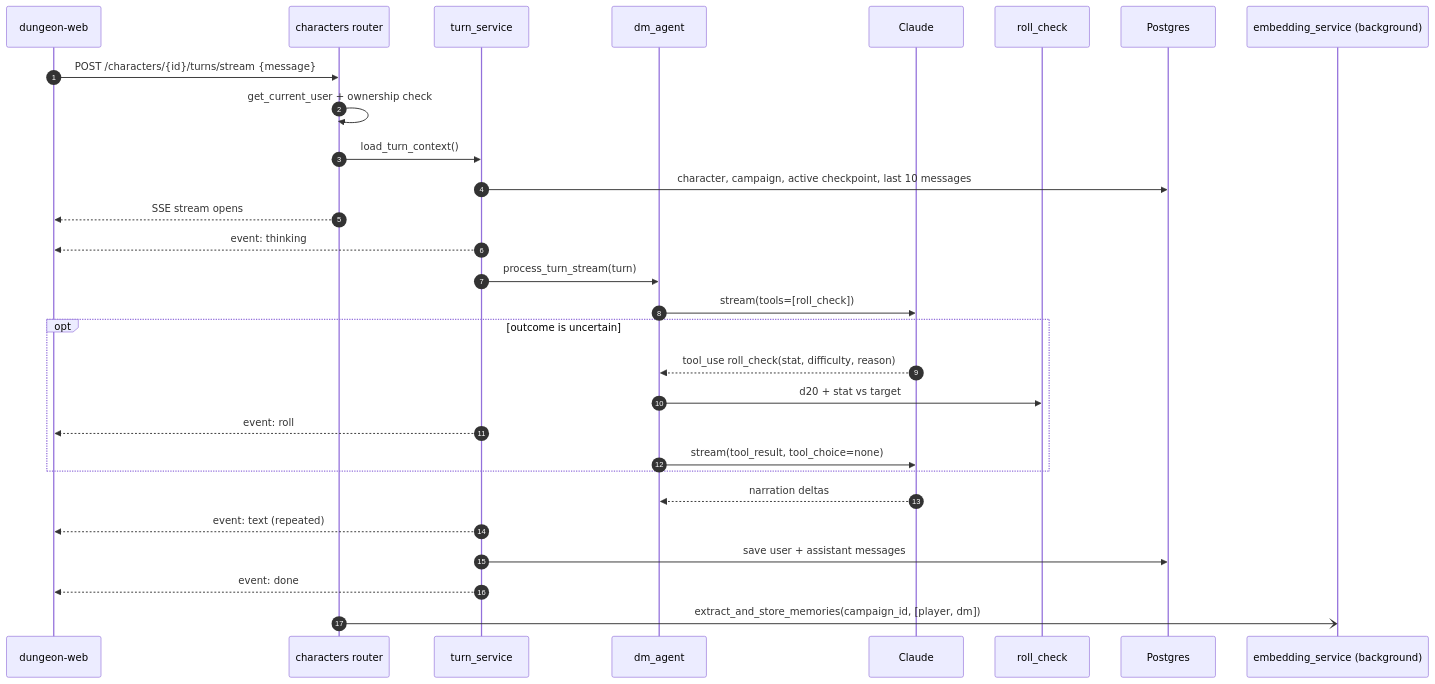
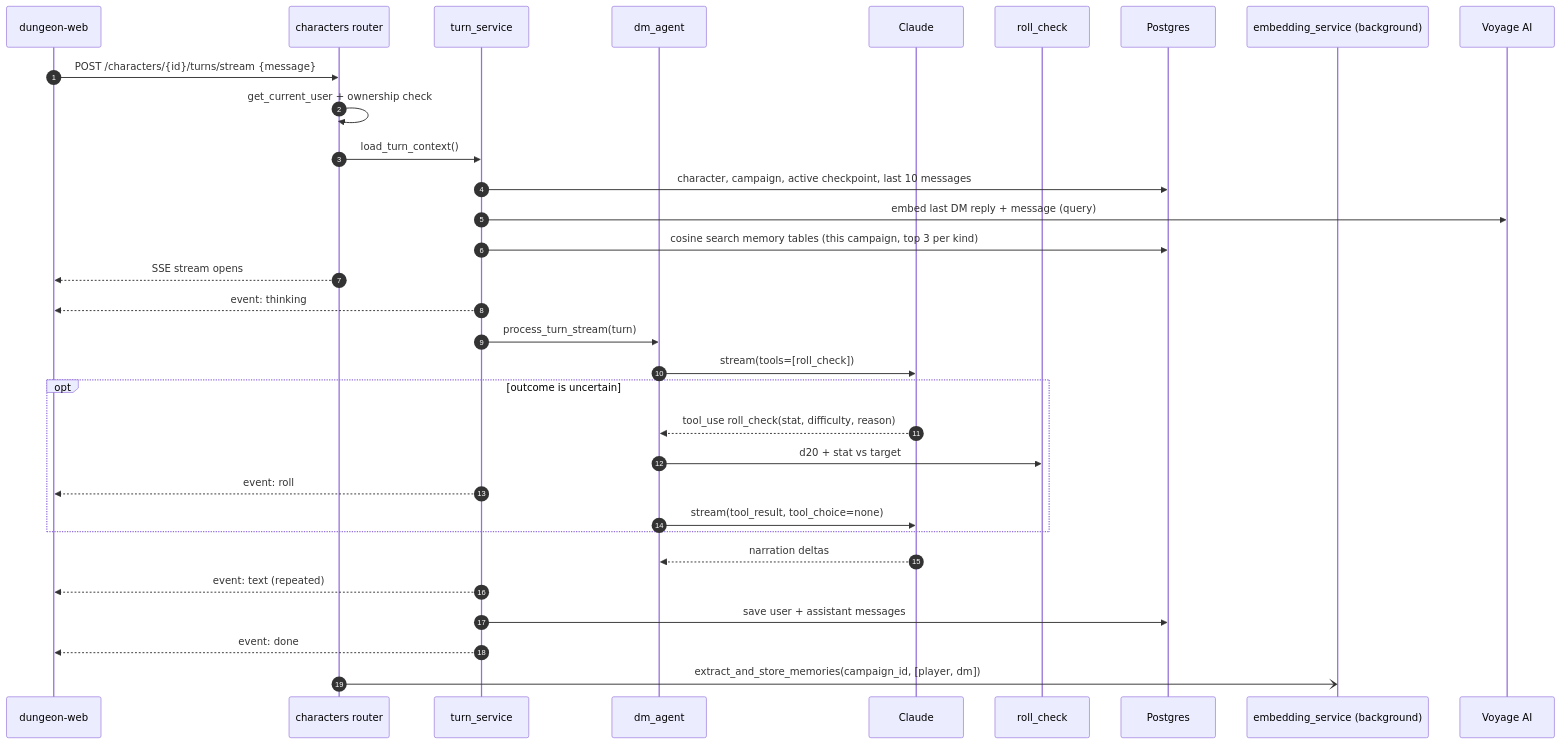
The fourth of 6 diagrams in docs/architecture.md (StephenMoring/dungeon-service), drawn with Mermaid before and after one commit. The commit also changed other lines of this file and 13 other files, not shown here.

````diff
--- a/docs/architecture.md
+++ b/docs/architecture.md
@@ -136,32 +140,35 @@
 ```mermaid
 sequenceDiagram
   autonumber
   participant Web as dungeon-web
   participant R as characters router
   participant T as turn_service
   participant DM as dm_agent
   participant C as Claude
   participant Dice as roll_check
   participant DB as Postgres
   participant BG as embedding_service (background)
+  participant V as Voyage AI
 
   Web->>R: POST /characters/{id}/turns/stream {message}
   R->>R: get_current_user + ownership check
   R->>T: load_turn_context()
   T->>DB: character, campaign, active checkpoint, last 10 messages
+  T->>V: embed last DM reply + message (query)
+  T->>DB: cosine search memory tables (this campaign, top 3 per kind)
   R-->>Web: SSE stream opens
   T-->>Web: event: thinking
   T->>DM: process_turn_stream(turn)
   DM->>C: stream(tools=[roll_check])
   opt outcome is uncertain
     C-->>DM: tool_use roll_check(stat, difficulty, reason)
     DM->>Dice: d20 + stat vs target
     T-->>Web: event: roll
     DM->>C: stream(tool_result, tool_choice=none)
   end
   C-->>DM: narration deltas
   T-->>Web: event: text (repeated)
   T->>DB: save user + assistant messages
   T-->>Web: event: done
   R-)BG: extract_and_store_memories(campaign_id, [player, dm])
 ```
````
